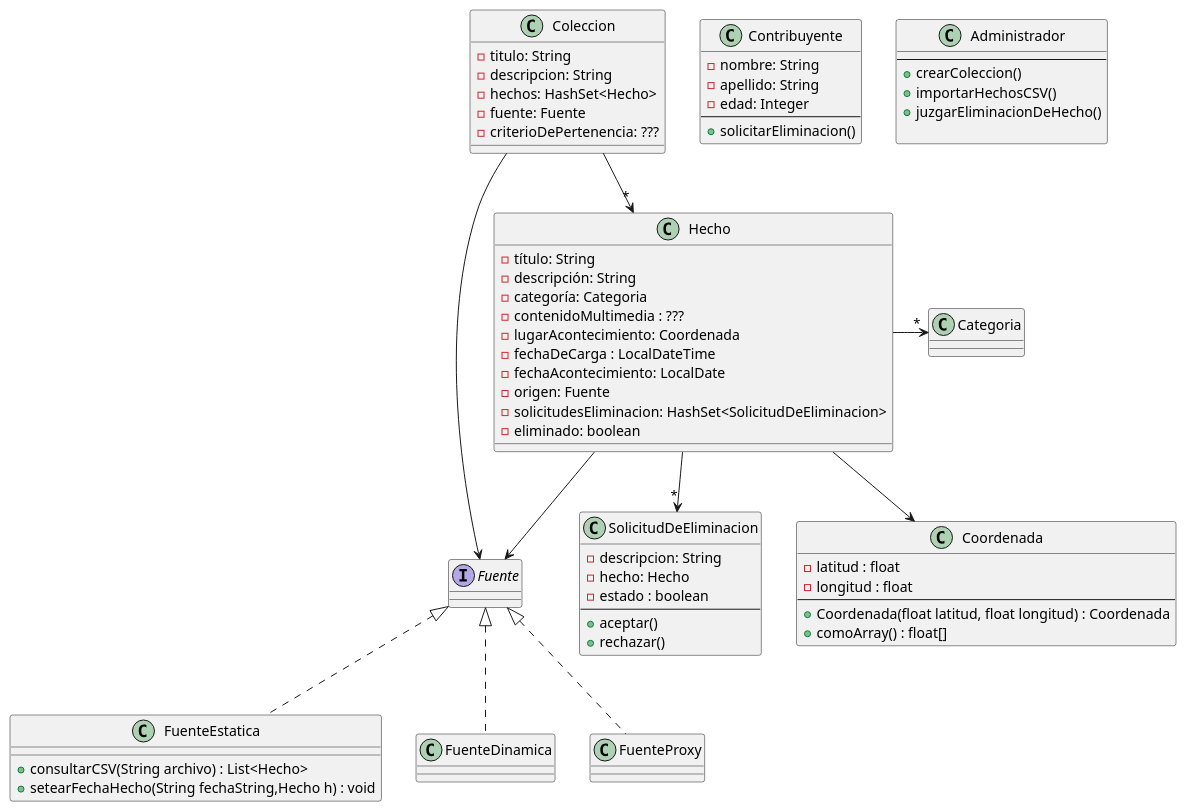
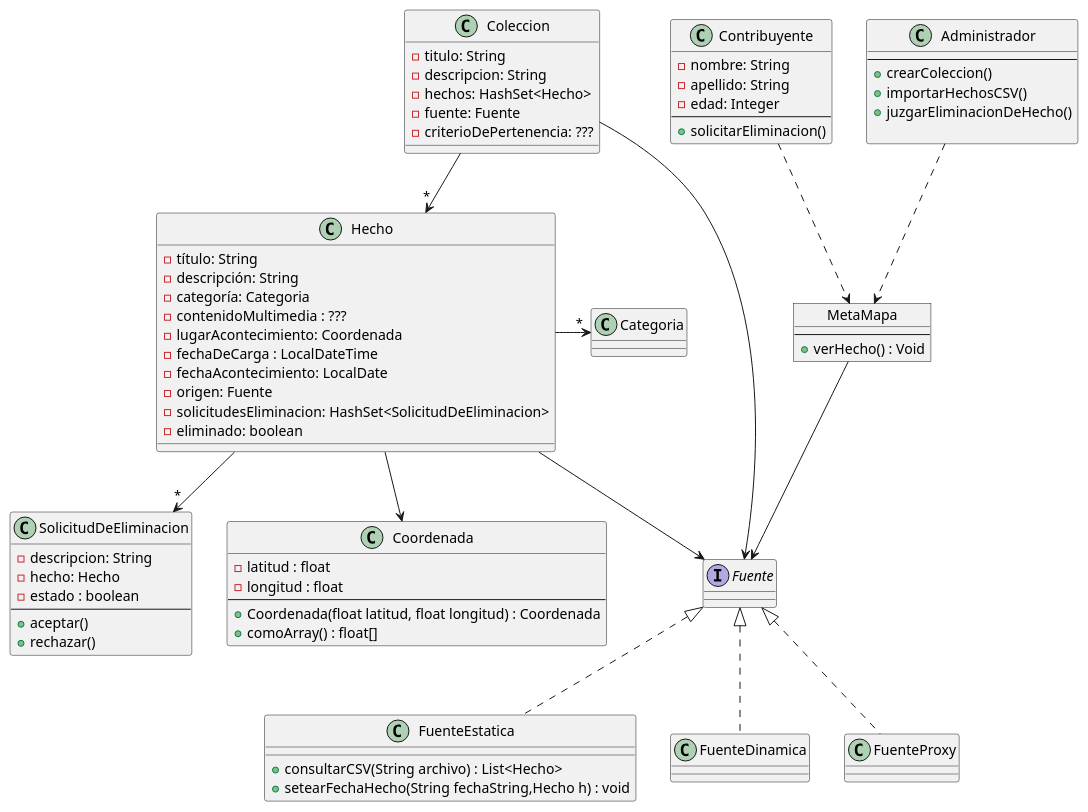
One commit to faustorod1/MetaMapa changed the diagram in DiagDeClases.puml. Above: the diagram before and after it, drawn with PlantUML. The commit also changed 1 other file, not shown here.

```diff
--- a/DiagDeClases.puml
+++ b/DiagDeClases.puml
@@ -1,91 +1,100 @@
 @startuml
 
 class Hecho{
 - título: String
 - descripción: String
 - categoría: Categoria
 - contenidoMultimedia : ???
 - lugarAcontecimiento: Coordenada
 - fechaDeCarga : LocalDateTime
 - fechaAcontecimiento: LocalDate
 - origen: Fuente
 - solicitudesEliminacion: HashSet<SolicitudDeEliminacion>
 - eliminado: boolean
 }
 
 class Categoria{
 }
 
 class Contribuyente{
 - nombre: String
 - apellido: String
 - edad: Integer
 --
 + solicitarEliminacion()
 }
 
 class Administrador {
 --
 + crearColeccion()
 + importarHechosCSV()
 + juzgarEliminacionDeHecho()
 
 }
 
 class Coleccion{
 - titulo: String
 - descripcion: String
 - hechos: HashSet<Hecho>
 - fuente: Fuente
 - criterioDePertenencia: ???
 
 }
 
 class SolicitudDeEliminacion{
 - descripcion: String
 - hecho: Hecho
 - estado : boolean
 --
 + aceptar()
 + rechazar()
 }
 
 interface Fuente{
 }
 
 class FuenteEstatica{
 
 + consultarCSV(String archivo) : List<Hecho>
 + setearFechaHecho(String fechaString,Hecho h) : void
 }
 
 class FuenteDinamica{
 }
 
 class FuenteProxy{
 }
 
 class Coordenada{
 - latitud : float
 - longitud : float
 --
 + Coordenada(float latitud, float longitud) : Coordenada
 + comoArray() : float[]
 }
 
+Object MetaMapa{
+--
++ verHecho() : Void
+}
+
+MetaMapa --> Fuente
+
+Contribuyente .d.> MetaMapa
+Administrador .d.> MetaMapa
 
 Hecho --> Coordenada
 Hecho -r->"*" Categoria
 Hecho -d->"*" SolicitudDeEliminacion
 Coleccion -->"*" Hecho
 
 Hecho --> Fuente
 Coleccion -r-> Fuente
 
 FuenteEstatica .u.|> Fuente
 FuenteDinamica .u.|> Fuente
 FuenteProxy .u.|> Fuente
 
 
 
 @enduml
```
